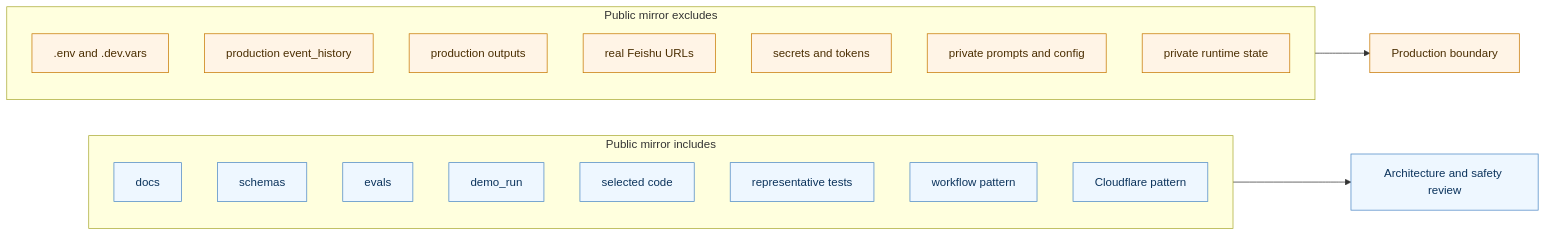
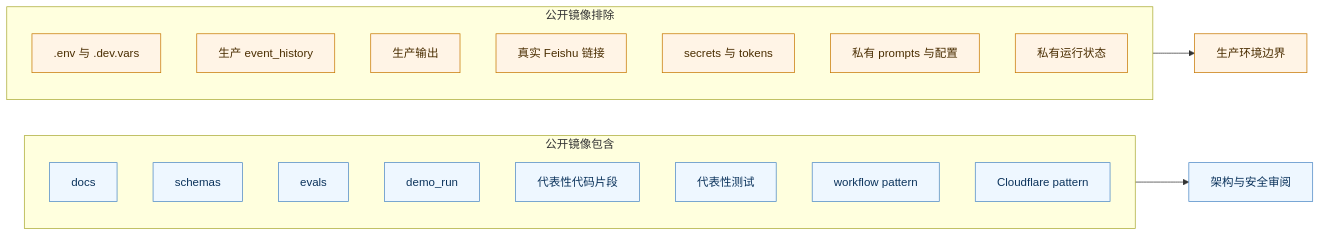
Before and after one commit to lin275768845/ai-radar-agent-case: the fifth of 5 diagrams in docs/zh-CN/ARCHITECTURE_OVERVIEW.md, drawn with Mermaid. The commit also changed other lines of this file and 5 other files, not shown here.

Commit message:
docs: polish zh-CN public mirror copy

````diff
--- a/docs/zh-CN/ARCHITECTURE_OVERVIEW.md
+++ b/docs/zh-CN/ARCHITECTURE_OVERVIEW.md
@@ -130,31 +128,31 @@
 ```mermaid
 graph LR
-  subgraph Include["Public mirror includes"]
+  subgraph Include["公开镜像包含"]
     A["docs"]
     B["schemas"]
     C["evals"]
     D["demo_run"]
-    E["selected code"]
-    F["representative tests"]
+    E["代表性代码片段"]
+    F["代表性测试"]
     G["workflow pattern"]
     H["Cloudflare pattern"]
   end
 
-  subgraph Exclude["Public mirror excludes"]
-    I[".env and .dev.vars"]
-    J["production event_history"]
-    K["production outputs"]
-    L["real Feishu URLs"]
-    M["secrets and tokens"]
-    N["private prompts and config"]
-    O["private runtime state"]
+  subgraph Exclude["公开镜像排除"]
+    I[".env 与 .dev.vars"]
+    J["生产 event_history"]
+    K["生产输出"]
+    L["真实 Feishu 链接"]
+    M["secrets 与 tokens"]
+    N["私有 prompts 与配置"]
+    O["私有运行状态"]
   end
 
-  Include --> Review["Architecture and safety review"]
-  Exclude --> Boundary["Production boundary"]
+  Include --> Review["架构与安全审阅"]
+  Exclude --> Boundary["生产环境边界"]
 
   classDef include fill:#eef7ff,stroke:#4b87c5,color:#0b335c;
   classDef exclude fill:#fff4e6,stroke:#c77700,color:#4a2d00;
   class A,B,C,D,E,F,G,H,Review include;
   class I,J,K,L,M,N,O,Boundary exclude;
 ```
````
